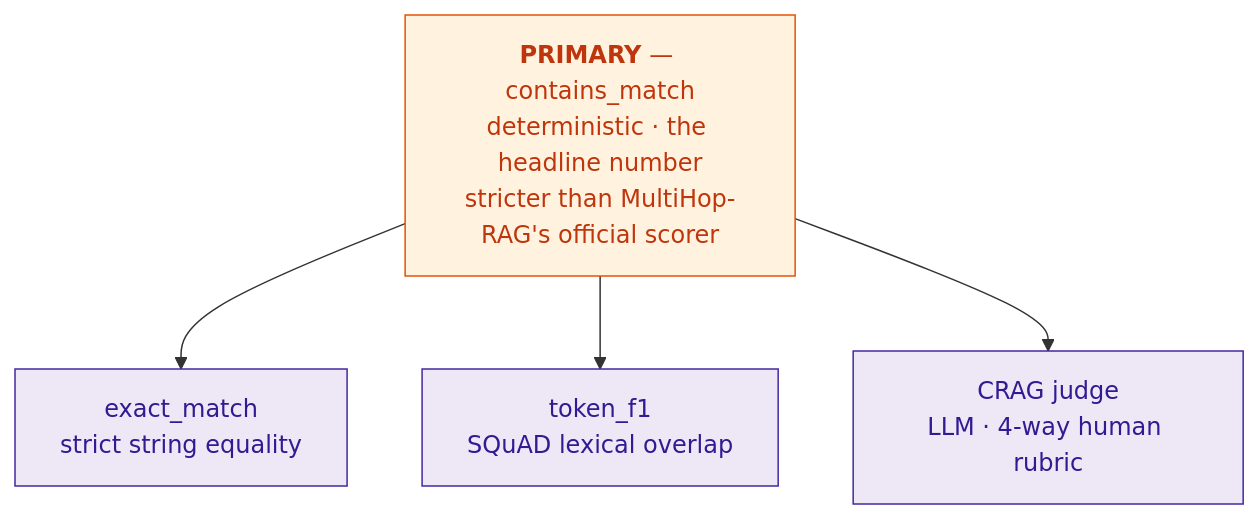
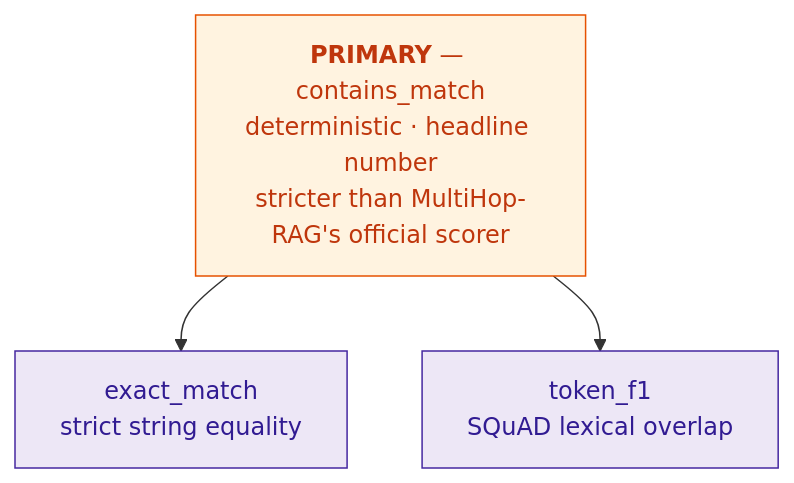
One commit to rudramansoomirtee-ctrl/rag-benchmark changed the second of 2 diagrams in thesis/chapter4_results.md. Above: the diagram before and after it, drawn with Mermaid. The commit also changed other lines of this file, not shown here.

````diff
--- a/thesis/chapter4_results.md
+++ b/thesis/chapter4_results.md
@@ -92,9 +199,8 @@
 ```mermaid
 flowchart TB
-    C["<b>PRIMARY</b> — contains_match<br/>deterministic · the headline number<br/>stricter than MultiHop-RAG's official scorer"]:::primary
+    C["<b>PRIMARY</b> — contains_match<br/>deterministic · headline number<br/>stricter than MultiHop-RAG's official scorer"]:::primary
     C --> E["exact_match<br/>strict string equality"]:::sec
     C --> T["token_f1<br/>SQuAD lexical overlap"]:::sec
-    C --> J["CRAG judge<br/>LLM · 4-way human rubric"]:::sec
     classDef primary fill:#fff3e0,stroke:#e65100,color:#bf360c
     classDef sec fill:#ede7f6,stroke:#4527a0,color:#311b92
 ```
````
